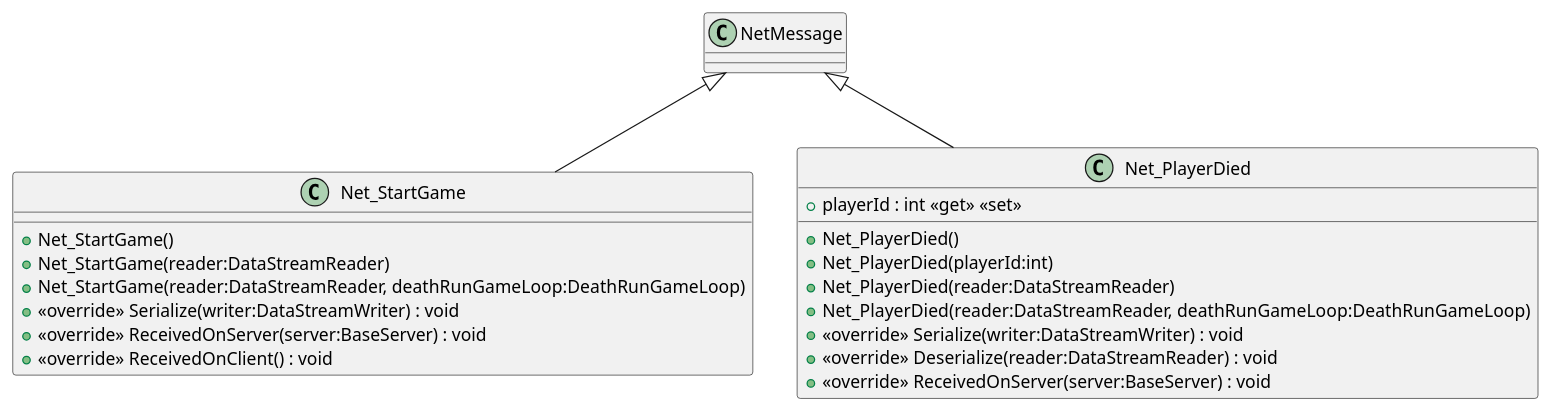
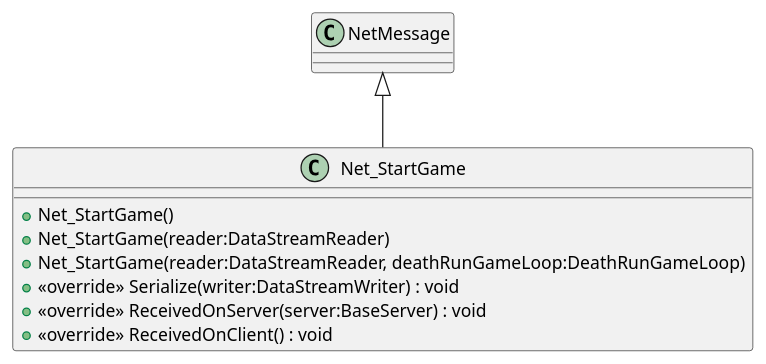
One commit to McYvar/NetworkProgramming changed the diagram in UML/Network/Shared/Net_StartGame.puml. Above: the diagram before and after it, drawn with PlantUML. The commit also changed 15 other files, not shown here.

Commit message:
Generate UML (Generate UML)

```diff
--- a/UML/Network/Shared/Net_StartGame.puml
+++ b/UML/Network/Shared/Net_StartGame.puml
@@ -1,22 +1,11 @@
 @startuml
 class Net_StartGame {
     + Net_StartGame()
     + Net_StartGame(reader:DataStreamReader)
     + Net_StartGame(reader:DataStreamReader, deathRunGameLoop:DeathRunGameLoop)
     + <<override>> Serialize(writer:DataStreamWriter) : void
     + <<override>> ReceivedOnServer(server:BaseServer) : void
     + <<override>> ReceivedOnClient() : void
 }
-class Net_PlayerDied {
-    + playerId : int <<get>> <<set>>
-    + Net_PlayerDied()
-    + Net_PlayerDied(playerId:int)
-    + Net_PlayerDied(reader:DataStreamReader)
-    + Net_PlayerDied(reader:DataStreamReader, deathRunGameLoop:DeathRunGameLoop)
-    + <<override>> Serialize(writer:DataStreamWriter) : void
-    + <<override>> Deserialize(reader:DataStreamReader) : void
-    + <<override>> ReceivedOnServer(server:BaseServer) : void
-}
 NetMessage <|-- Net_StartGame
-NetMessage <|-- Net_PlayerDied
 @enduml
```
